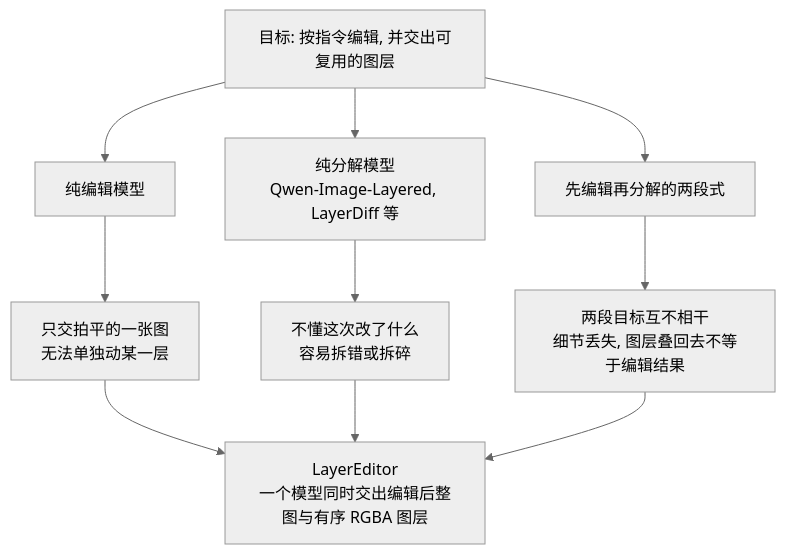
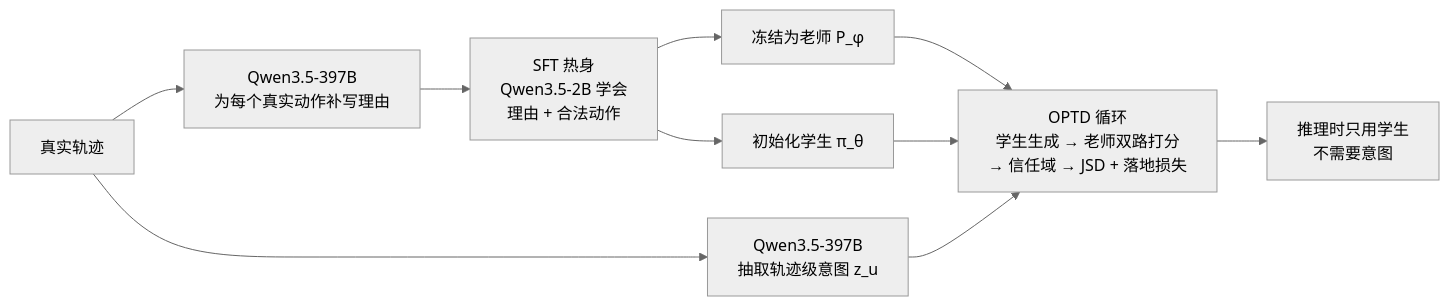
Before and after one commit to yingwang/paper-reads: the fifth of 6 diagrams in docs/index.md, drawn with Mermaid (neutral theme). The commit also changed other lines of this file and 2 other files, not shown here.

````diff
--- a/docs/index.md
+++ b/docs/index.md
@@ -65,12 +289,12 @@
 ```mermaid
-graph TD
-    G[目标: 按指令编辑, 并交出可复用的图层] --> A[纯编辑模型]
-    G --> B[纯分解模型<br/>Qwen-Image-Layered, LayerDiff 等]
-    G --> C[先编辑再分解的两段式]
-    A --> A1[只交拍平的一张图<br/>无法单独动某一层]
-    B --> B1[不懂这次改了什么<br/>容易拆错或拆碎]
-    C --> C1[两段目标互不相干<br/>细节丢失, 图层叠回去不等于编辑结果]
-    A1 --> L[LayerEditor<br/>一个模型同时交出编辑后整图与有序 RGBA 图层]
-    B1 --> L
-    C1 --> L
+flowchart LR
+    A["真实轨迹"] --> B["Qwen3.5-397B<br/>为每个真实动作补写理由"]
+    B --> C["SFT 热身<br/>Qwen3.5-2B 学会<br/>理由 + 合法动作"]
+    C --> D["冻结为老师 P_φ"]
+    C --> E["初始化学生 π_θ"]
+    A --> F["Qwen3.5-397B<br/>抽取轨迹级意图 z_u"]
+    D --> G["OPTD 循环<br/>学生生成 → 老师双路打分<br/>→ 信任域 → JSD + 落地损失"]
+    E --> G
+    F --> G
+    G --> H["推理时只用学生<br/>不需要意图"]
 ```
````
